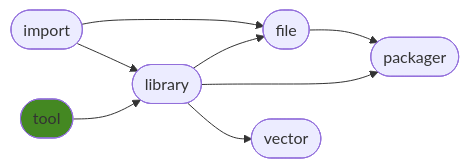
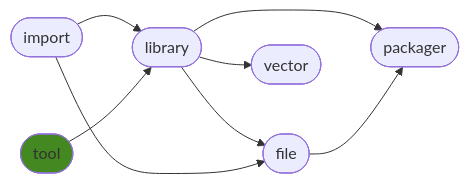
One commit to ManderaGeneral/generaltool changed the diagram in README.md. Above: the diagram before and after it, drawn with Mermaid. The commit also changed other lines of this file, not shown here.

````diff
--- a/README.md
+++ b/README.md
@@ -23,17 +23,17 @@
 ```mermaid
 flowchart LR
-0([import]) --> 3([file])
 2([library]) --> 3([file])
 2([library]) --> 5([packager])
 0([import]) --> 2([library])
 1([tool]) --> 2([library])
+0([import]) --> 3([file])
 3([file]) --> 5([packager])
 2([library]) --> 4([vector])
 click 0 "https://github.com/ManderaGeneral/generalimport"
 click 1 "https://github.com/ManderaGeneral/generaltool"
 click 2 "https://github.com/ManderaGeneral/generallibrary"
 click 3 "https://github.com/ManderaGeneral/generalfile"
 click 4 "https://github.com/ManderaGeneral/generalvector"
 click 5 "https://github.com/ManderaGeneral/generalpackager"
 style 1 fill:#482
 ```
````
